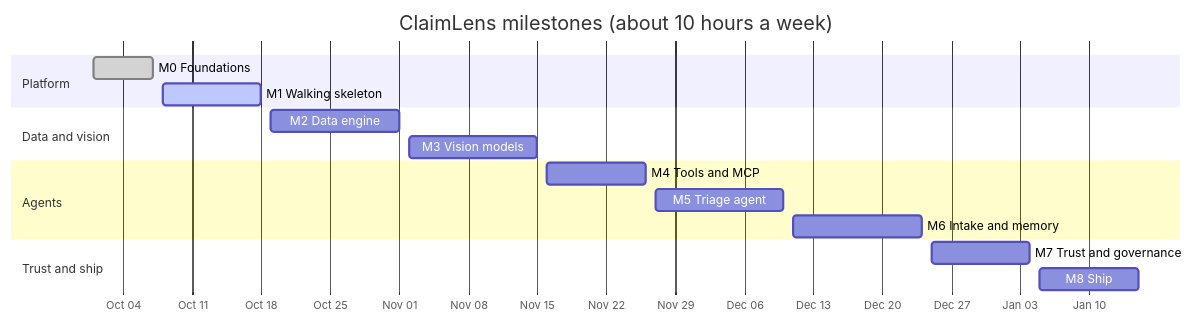
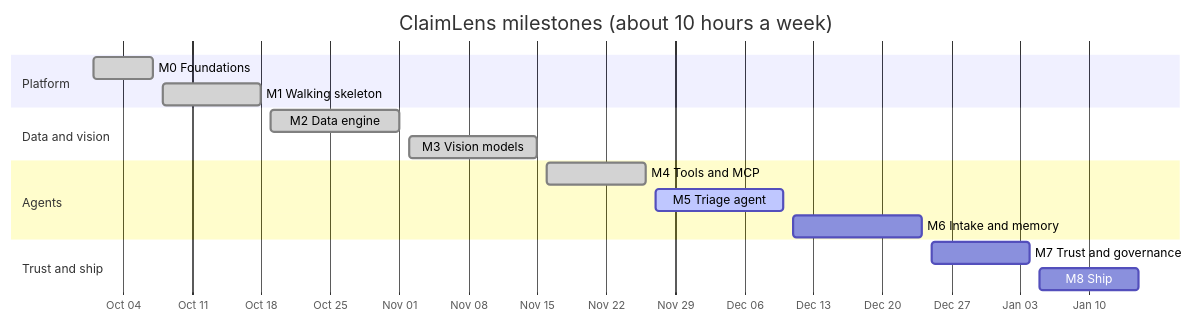
The fifth of 5 diagrams in README.md (kb2326/car-damage-detection-yolov8), drawn with Mermaid before and after one commit. The commit also changed other lines of this file, not shown here.

````diff
--- a/README.md
+++ b/README.md
@@ -122,19 +148,19 @@
 ```mermaid
 gantt
     title ClaimLens milestones (about 10 hours a week)
     dateFormat YYYY-MM-DD
     axisFormat %b %d
     section Platform
     M0 Foundations          :done,   m0, 2026-10-01, 2026-10-07
-    M1 Walking skeleton     :active, m1, 2026-10-08, 2026-10-18
+    M1 Walking skeleton     :done,   m1, 2026-10-08, 2026-10-18
     section Data and vision
-    M2 Data engine          :m2, 2026-10-19, 2026-11-01
-    M3 Vision models        :m3, 2026-11-02, 2026-11-15
+    M2 Data engine          :done,   m2, 2026-10-19, 2026-11-01
+    M3 Vision models        :done,   m3, 2026-11-02, 2026-11-15
     section Agents
-    M4 Tools and MCP        :m4, 2026-11-16, 2026-11-26
-    M5 Triage agent         :m5, 2026-11-27, 2026-12-10
+    M4 Tools and MCP        :done,   m4, 2026-11-16, 2026-11-26
+    M5 Triage agent         :active, m5, 2026-11-27, 2026-12-10
     M6 Intake and memory    :m6, 2026-12-11, 2026-12-24
     section Trust and ship
     M7 Trust and governance :m7, 2026-12-25, 2027-01-04
     M8 Ship                 :m8, 2027-01-05, 2027-01-15
 ```
````
